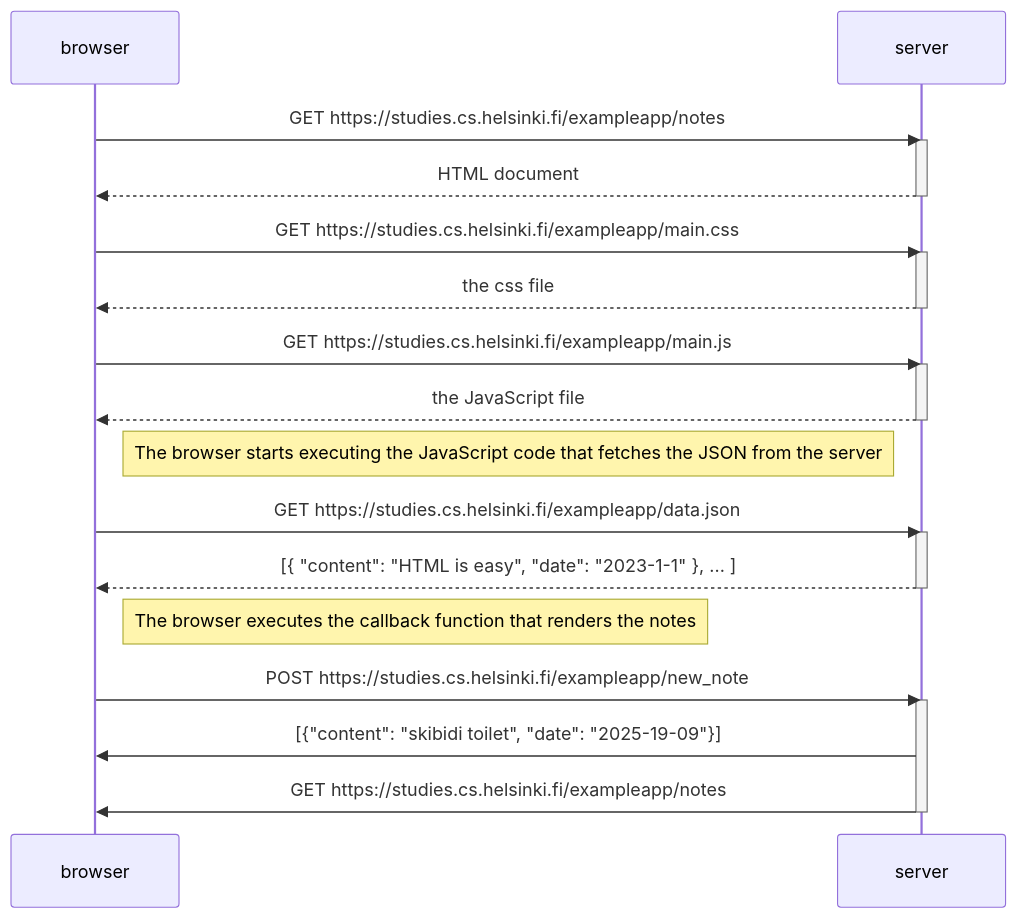
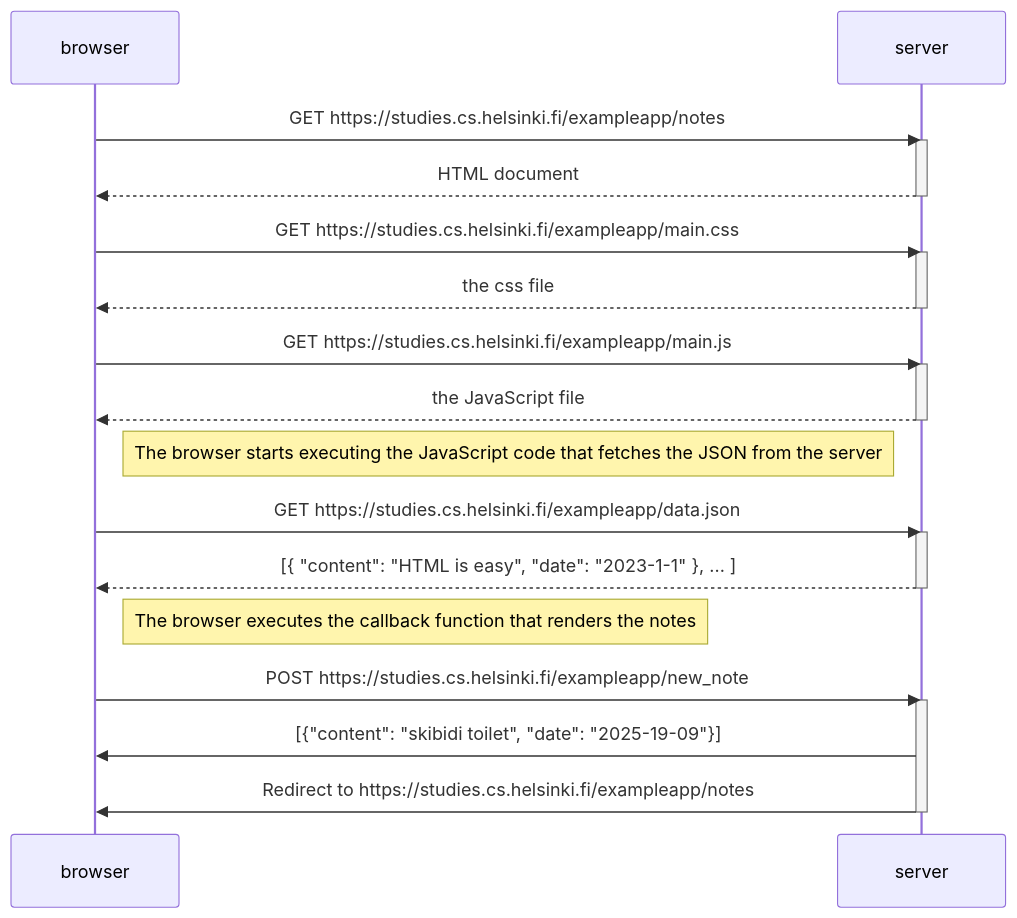
Before and after one commit to say3dd/full-stack-open: the diagram in part0/new_note_diagram.md, drawn with Mermaid.

Commit message:
exercise 0.4 complete

````diff
--- a/part0/new_note_diagram.md
+++ b/part0/new_note_diagram.md
@@ -1,35 +1,35 @@
 ```mermaid
 sequenceDiagram
 participant browser
 participant server
 
     browser->>server: GET https://studies.cs.helsinki.fi/exampleapp/notes
     activate server
     server-->>browser: HTML document
     deactivate server
 
     browser->>server: GET https://studies.cs.helsinki.fi/exampleapp/main.css
     activate server
     server-->>browser: the css file
     deactivate server
 
     browser->>server: GET https://studies.cs.helsinki.fi/exampleapp/main.js
     activate server
     server-->>browser: the JavaScript file
     deactivate server
 
     Note right of browser: The browser starts executing the JavaScript code that fetches the JSON from the server
 
     browser->>server: GET https://studies.cs.helsinki.fi/exampleapp/data.json
     activate server
     server-->>browser: [{ "content": "HTML is easy", "date": "2023-1-1" }, ... ]
     deactivate server
 
     Note right of browser: The browser executes the callback function that renders the notes
 
     browser->>server: POST https://studies.cs.helsinki.fi/exampleapp/new_note
     activate server
     server->>browser: [{"content": "skibidi toilet", "date": "2025-19-09"}]
-    server->>browser: GET https://studies.cs.helsinki.fi/exampleapp/notes
+    server->>browser: Redirect to https://studies.cs.helsinki.fi/exampleapp/notes
     deactivate server
 ```
````
